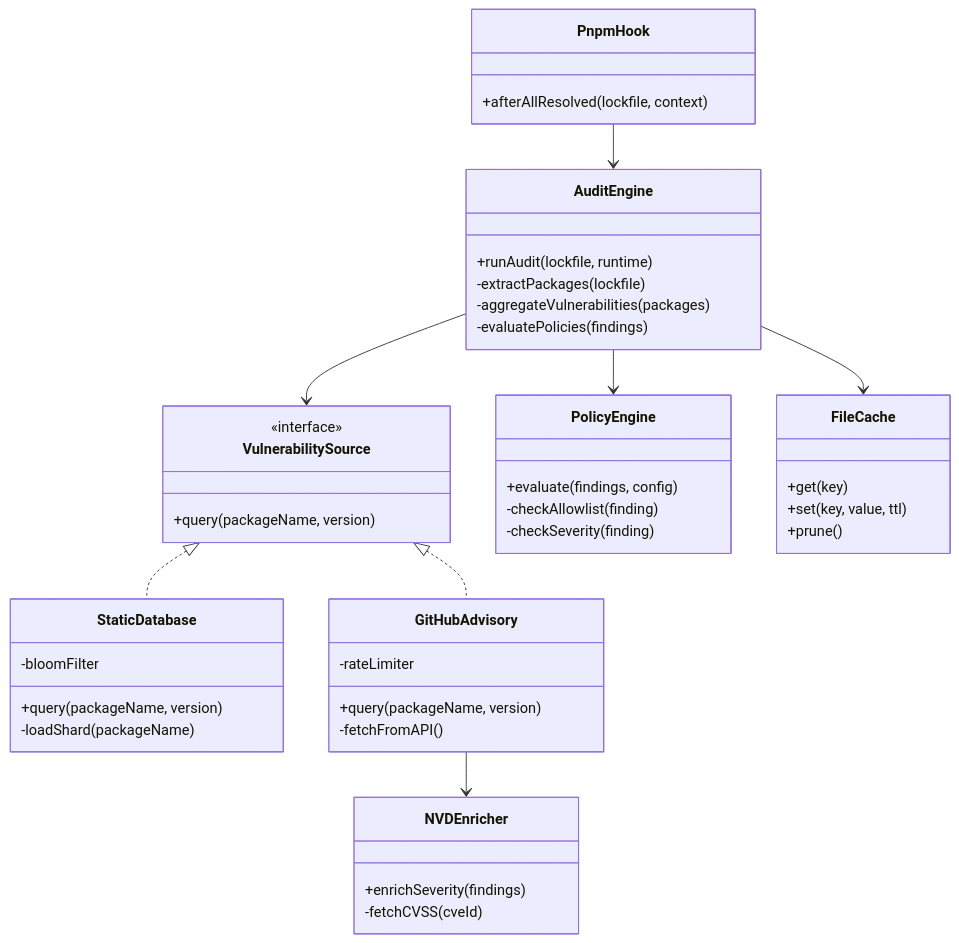
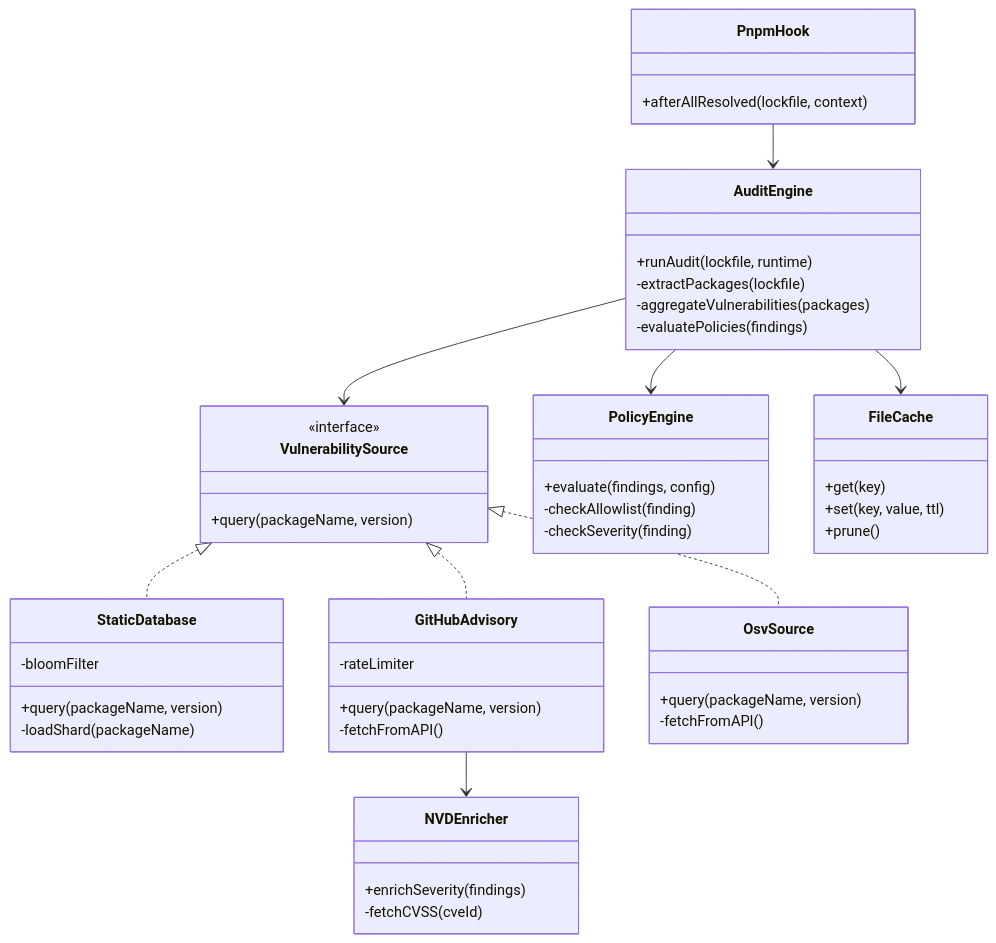
The seventh of 7 diagrams in README.md (asx8678/pnpm-audit-hook), drawn with Mermaid before and after one commit. The commit also changed other lines of this file, not shown here.

First line of the commit message:
docs(readme): document OSV source, integrity hashes, and Quick How-To

````diff
--- a/README.md
+++ b/README.md
@@ -534,55 +693,61 @@
 ```mermaid
 classDiagram
     class PnpmHook {
         +afterAllResolved(lockfile, context)
     }
 
     class AuditEngine {
         +runAudit(lockfile, runtime)
         -extractPackages(lockfile)
         -aggregateVulnerabilities(packages)
         -evaluatePolicies(findings)
     }
 
     class VulnerabilitySource {
         <<interface>>
         +query(packageName, version)
     }
 
     class StaticDatabase {
         +query(packageName, version)
         -loadShard(packageName)
         -bloomFilter
     }
 
     class GitHubAdvisory {
         +query(packageName, version)
         -fetchFromAPI()
         -rateLimiter
     }
 
+    class OsvSource {
+        +query(packageName, version)
+        -fetchFromAPI()
+    }
+
     class NVDEnricher {
         +enrichSeverity(findings)
         -fetchCVSS(cveId)
     }
 
     class PolicyEngine {
         +evaluate(findings, config)
         -checkAllowlist(finding)
         -checkSeverity(finding)
     }
 
     class FileCache {
         +get(key)
         +set(key, value, ttl)
         +prune()
     }
 
     PnpmHook --> AuditEngine
     AuditEngine --> VulnerabilitySource
     AuditEngine --> PolicyEngine
     AuditEngine --> FileCache
     VulnerabilitySource <|.. StaticDatabase
     VulnerabilitySource <|.. GitHubAdvisory
+    VulnerabilitySource <|.. OsvSource
     GitHubAdvisory --> NVDEnricher
 ```
````
